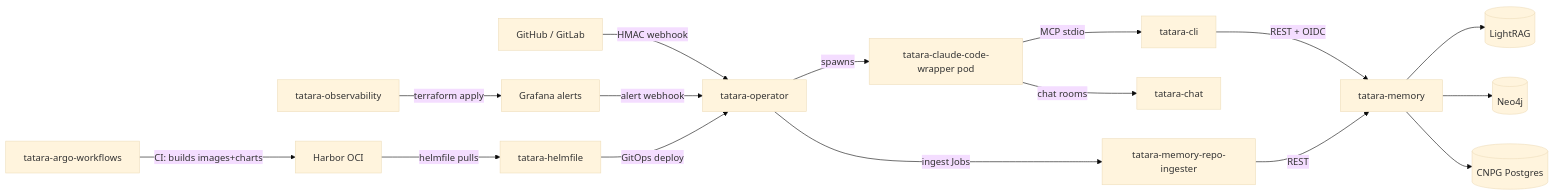
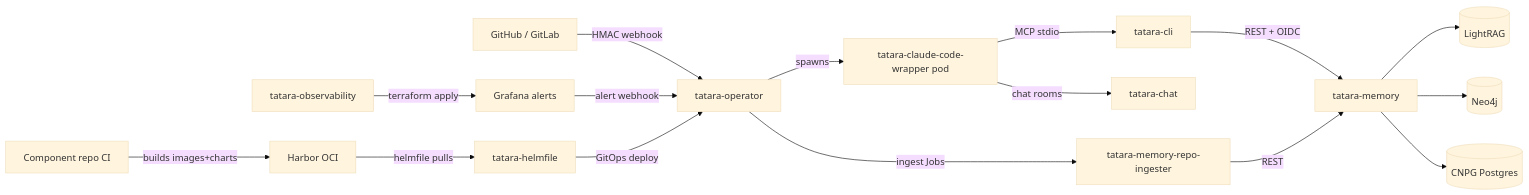
Before and after one commit to szymonrychu/tatara-documentation: the diagram in docs/architecture/index.md, drawn with Mermaid (base theme). The commit also changed other lines of this file and 6 other files, not shown here.

Commit message:
docs: remove tatara-argo-workflows (decommissioned; in-cluster argo is unrelated infra)

````diff
--- a/docs/architecture/index.md
+++ b/docs/architecture/index.md
@@ -55,18 +55,18 @@
 ```mermaid
 graph LR
     A[GitHub / GitLab] -->|HMAC webhook| B[tatara-operator]
     B -->|spawns| C[tatara-claude-code-wrapper pod]
     C -->|MCP stdio| D[tatara-cli]
     D -->|REST + OIDC| E[tatara-memory]
     E --> F[(LightRAG)]
     E --> G[(Neo4j)]
     E --> H[(CNPG Postgres)]
     B -->|ingest Jobs| I[tatara-memory-repo-ingester]
     I -->|REST| E
     J[Grafana alerts] -->|alert webhook| B
     K[tatara-observability] -->|terraform apply| J
-    L[tatara-argo-workflows] -->|CI: builds images+charts| M[Harbor OCI]
+    L[Component repo CI] -->|builds images+charts| M[Harbor OCI]
     M -->|helmfile pulls| N[tatara-helmfile]
     N -->|GitOps deploy| B
     C -->|chat rooms| O[tatara-chat]
 ```
````
